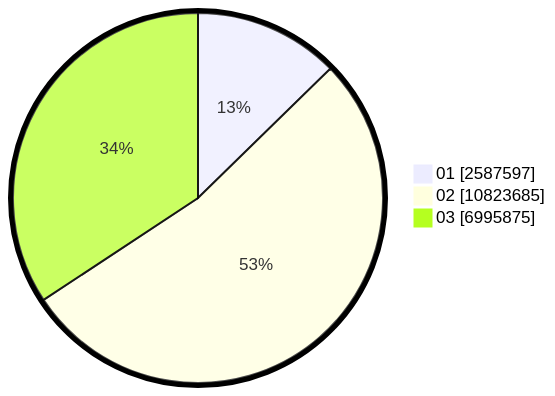
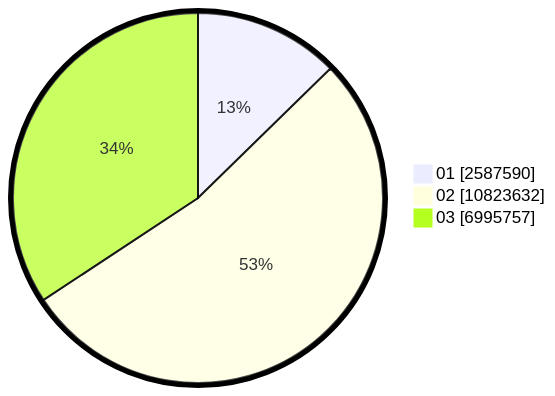
Before and after one commit to gigit-pemilu/pemilu-2024: the second of 2 diagrams in pilpres/hitung-suara/sub/table-wilayah-33.md, drawn with Mermaid. The commit also changed other lines of this file and 9 other files, not shown here.

````diff
--- a/pilpres/hitung-suara/sub/table-wilayah-33.md
+++ b/pilpres/hitung-suara/sub/table-wilayah-33.md
@@ -15,7 +15,7 @@
 ```mermaid
 %%{init: {"pie": {"textPosition": 0.5}, "themeVariables": {"pieOuterStrokeWidth": "5px"}} }%%
 pie showData
-    "01" : 2587597
-    "02" : 10823685
-    "03" : 6995875
+    "01" : 2587590
+    "02" : 10823632
+    "03" : 6995757
 ```
````
